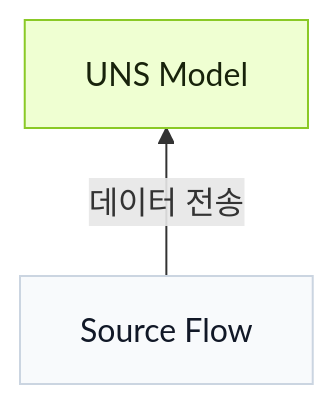
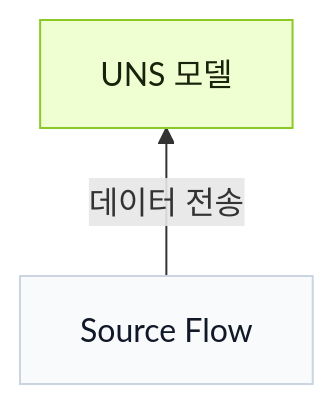
Before and after one commit to FREEZONEX/Tier0-docs-site: the diagram in src/content/docs/ko/using-tier0/connect-data.mdx, drawn with Mermaid. The commit also changed other lines of this file and 77 other files, not shown here.

````diff
--- a/src/content/docs/ko/using-tier0/connect-data.mdx
+++ b/src/content/docs/ko/using-tier0/connect-data.mdx
@@ -12,13 +13,12 @@
 ```mermaid
 flowchart BT
-  uns["UNS Model"]
+  uns["UNS 모델"]
   flow["Source Flow"]
-
 
   flow -->|"데이터 전송"| uns
 
   classDef t0accent fill:#EFFFD2,stroke:#8AC926,stroke-width:1px,color:#18230B
   classDef t0node fill:#F8FAFC,stroke:#CBD5E1,stroke-width:1px,color:#111827
   class uns t0accent
   class flow t0node
 ```
````
